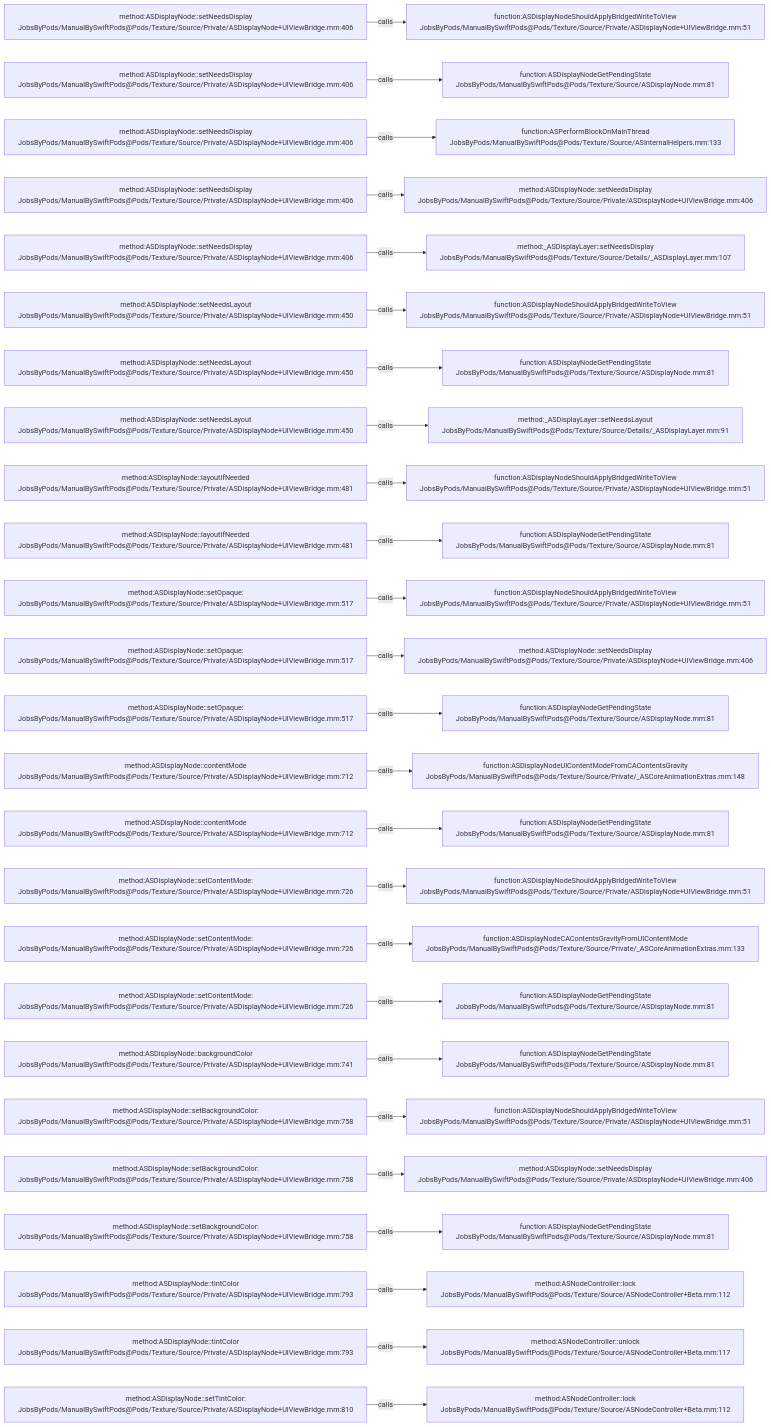
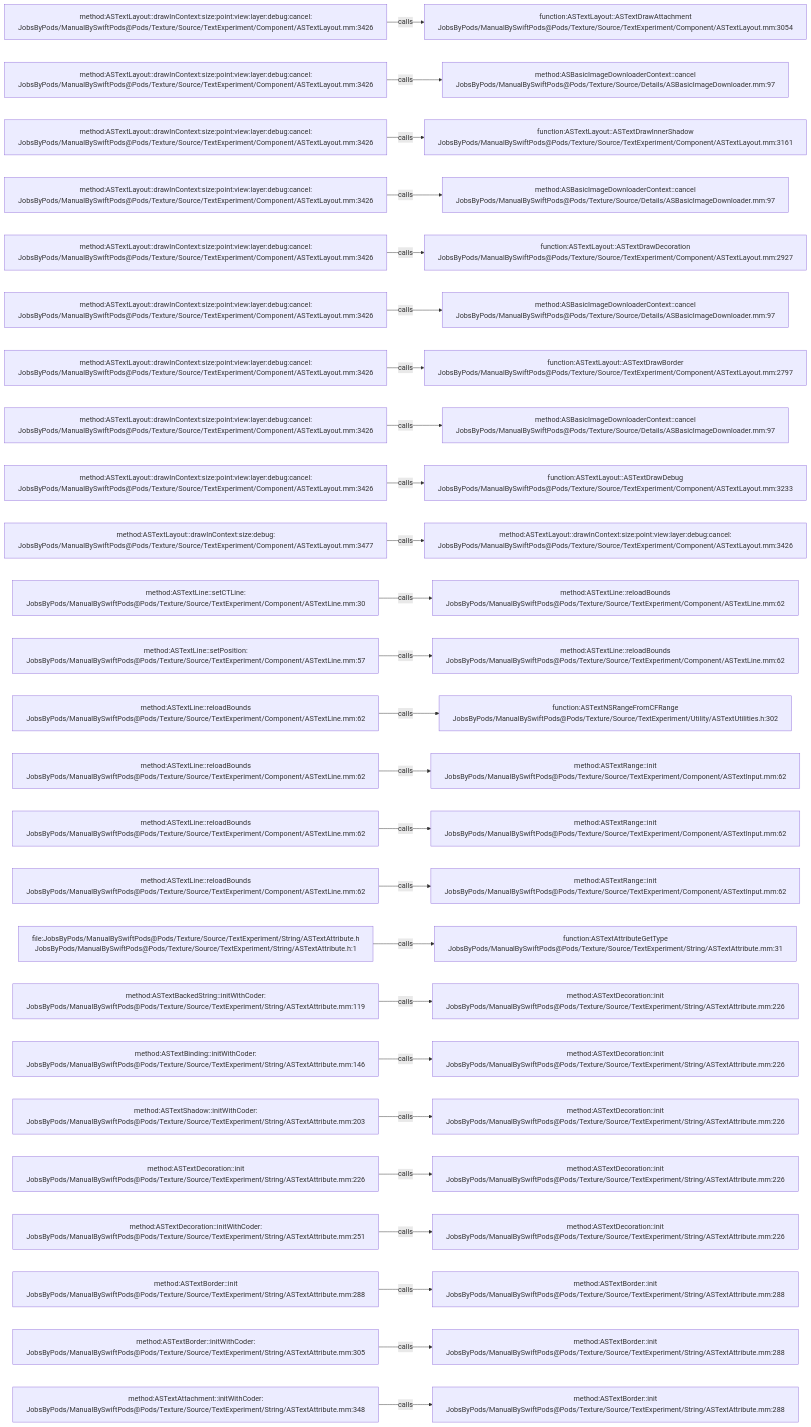
One commit to JobsKits/JobsSwiftBaseConfigDemo changed the diagram in .codegraph/codegraph.md/graphs/calls-138.md. Above: the diagram before and after it, drawn with Mermaid. The commit also changed 832 other files, not shown here.

````diff
--- a/.codegraph/codegraph.md/graphs/calls-138.md
+++ b/.codegraph/codegraph.md/graphs/calls-138.md
@@ -13,78 +13,78 @@
 ```mermaid
 flowchart LR
-  S1["method:ASDisplayNode::setNeedsDisplay<br/>JobsByPods/ManualBySwiftPods@Pods/Texture/Source/Private/ASDisplayNode+UIViewBridge.mm:406"]
-  T1["function:ASDisplayNodeShouldApplyBridgedWriteToView<br/>JobsByPods/ManualBySwiftPods@Pods/Texture/Source/Private/ASDisplayNode+UIViewBridge.mm:51"]
+  S1["method:ASTextLayout::drawInContext:size:point:view:layer:debug:cancel:<br/>JobsByPods/ManualBySwiftPods@Pods/Texture/Source/TextExperiment/Component/ASTextLayout.mm:3426"]
+  T1["function:ASTextLayout::ASTextDrawAttachment<br/>JobsByPods/ManualBySwiftPods@Pods/Texture/Source/TextExperiment/Component/ASTextLayout.mm:3054"]
   S1 -->|calls| T1
-  S2["method:ASDisplayNode::setNeedsDisplay<br/>JobsByPods/ManualBySwiftPods@Pods/Texture/Source/Private/ASDisplayNode+UIViewBridge.mm:406"]
-  T2["function:ASDisplayNodeGetPendingState<br/>JobsByPods/ManualBySwiftPods@Pods/Texture/Source/ASDisplayNode.mm:81"]
+  S2["method:ASTextLayout::drawInContext:size:point:view:layer:debug:cancel:<br/>JobsByPods/ManualBySwiftPods@Pods/Texture/Source/TextExperiment/Component/ASTextLayout.mm:3426"]
+  T2["method:ASBasicImageDownloaderContext::cancel<br/>JobsByPods/ManualBySwiftPods@Pods/Texture/Source/Details/ASBasicImageDownloader.mm:97"]
   S2 -->|calls| T2
-  S3["method:ASDisplayNode::setNeedsDisplay<br/>JobsByPods/ManualBySwiftPods@Pods/Texture/Source/Private/ASDisplayNode+UIViewBridge.mm:406"]
-  T3["function:ASPerformBlockOnMainThread<br/>JobsByPods/ManualBySwiftPods@Pods/Texture/Source/ASInternalHelpers.mm:133"]
+  S3["method:ASTextLayout::drawInContext:size:point:view:layer:debug:cancel:<br/>JobsByPods/ManualBySwiftPods@Pods/Texture/Source/TextExperiment/Component/ASTextLayout.mm:3426"]
+  T3["function:ASTextLayout::ASTextDrawInnerShadow<br/>JobsByPods/ManualBySwiftPods@Pods/Texture/Source/TextExperiment/Component/ASTextLayout.mm:3161"]
   S3 -->|calls| T3
-  S4["method:ASDisplayNode::setNeedsDisplay<br/>JobsByPods/ManualBySwiftPods@Pods/Texture/Source/Private/ASDisplayNode+UIViewBridge.mm:406"]
-  T4["method:ASDisplayNode::setNeedsDisplay<br/>JobsByPods/ManualBySwiftPods@Pods/Texture/Source/Private/ASDisplayNode+UIViewBridge.mm:406"]
+  S4["method:ASTextLayout::drawInContext:size:point:view:layer:debug:cancel:<br/>JobsByPods/ManualBySwiftPods@Pods/Texture/Source/TextExperiment/Component/ASTextLayout.mm:3426"]
+  T4["method:ASBasicImageDownloaderContext::cancel<br/>JobsByPods/ManualBySwiftPods@Pods/Texture/Source/Details/ASBasicImageDownloader.mm:97"]
   S4 -->|calls| T4
-  S5["method:ASDisplayNode::setNeedsDisplay<br/>JobsByPods/ManualBySwiftPods@Pods/Texture/Source/Private/ASDisplayNode+UIViewBridge.mm:406"]
-  T5["method:_ASDisplayLayer::setNeedsDisplay<br/>JobsByPods/ManualBySwiftPods@Pods/Texture/Source/Details/_ASDisplayLayer.mm:107"]
+  S5["method:ASTextLayout::drawInContext:size:point:view:layer:debug:cancel:<br/>JobsByPods/ManualBySwiftPods@Pods/Texture/Source/TextExperiment/Component/ASTextLayout.mm:3426"]
+  T5["function:ASTextLayout::ASTextDrawDecoration<br/>JobsByPods/ManualBySwiftPods@Pods/Texture/Source/TextExperiment/Component/ASTextLayout.mm:2927"]
   S5 -->|calls| T5
-  S6["method:ASDisplayNode::setNeedsLayout<br/>JobsByPods/ManualBySwiftPods@Pods/Texture/Source/Private/ASDisplayNode+UIViewBridge.mm:450"]
-  T6["function:ASDisplayNodeShouldApplyBridgedWriteToView<br/>JobsByPods/ManualBySwiftPods@Pods/Texture/Source/Private/ASDisplayNode+UIViewBridge.mm:51"]
+  S6["method:ASTextLayout::drawInContext:size:point:view:layer:debug:cancel:<br/>JobsByPods/ManualBySwiftPods@Pods/Texture/Source/TextExperiment/Component/ASTextLayout.mm:3426"]
+  T6["method:ASBasicImageDownloaderContext::cancel<br/>JobsByPods/ManualBySwiftPods@Pods/Texture/Source/Details/ASBasicImageDownloader.mm:97"]
   S6 -->|calls| T6
-  S7["method:ASDisplayNode::setNeedsLayout<br/>JobsByPods/ManualBySwiftPods@Pods/Texture/Source/Private/ASDisplayNode+UIViewBridge.mm:450"]
-  T7["function:ASDisplayNodeGetPendingState<br/>JobsByPods/ManualBySwiftPods@Pods/Texture/Source/ASDisplayNode.mm:81"]
+  S7["method:ASTextLayout::drawInContext:size:point:view:layer:debug:cancel:<br/>JobsByPods/ManualBySwiftPods@Pods/Texture/Source/TextExperiment/Component/ASTextLayout.mm:3426"]
+  T7["function:ASTextLayout::ASTextDrawBorder<br/>JobsByPods/ManualBySwiftPods@Pods/Texture/Source/TextExperiment/Component/ASTextLayout.mm:2797"]
   S7 -->|calls| T7
-  S8["method:ASDisplayNode::setNeedsLayout<br/>JobsByPods/ManualBySwiftPods@Pods/Texture/Source/Private/ASDisplayNode+UIViewBridge.mm:450"]
-  T8["method:_ASDisplayLayer::setNeedsLayout<br/>JobsByPods/ManualBySwiftPods@Pods/Texture/Source/Details/_ASDisplayLayer.mm:91"]
+  S8["method:ASTextLayout::drawInContext:size:point:view:layer:debug:cancel:<br/>JobsByPods/ManualBySwiftPods@Pods/Texture/Source/TextExperiment/Component/ASTextLayout.mm:3426"]
+  T8["method:ASBasicImageDownloaderContext::cancel<br/>JobsByPods/ManualBySwiftPods@Pods/Texture/Source/Details/ASBasicImageDownloader.mm:97"]
   S8 -->|calls| T8
-  S9["method:ASDisplayNode::layoutIfNeeded<br/>JobsByPods/ManualBySwiftPods@Pods/Texture/Source/Private/ASDisplayNode+UIViewBridge.mm:481"]
-  T9["function:ASDisplayNodeShouldApplyBridgedWriteToView<br/>JobsByPods/ManualBySwiftPods@Pods/Texture/Source/Private/ASDisplayNode+UIViewBridge.mm:51"]
+  S9["method:ASTextLayout::drawInContext:size:point:view:layer:debug:cancel:<br/>JobsByPods/ManualBySwiftPods@Pods/Texture/Source/TextExperiment/Component/ASTextLayout.mm:3426"]
+  T9["function:ASTextLayout::ASTextDrawDebug<br/>JobsByPods/ManualBySwiftPods@Pods/Texture/Source/TextExperiment/Component/ASTextLayout.mm:3233"]
   S9 -->|calls| T9
-  S10["method:ASDisplayNode::layoutIfNeeded<br/>JobsByPods/ManualBySwiftPods@Pods/Texture/Source/Private/ASDisplayNode+UIViewBridge.mm:481"]
-  T10["function:ASDisplayNodeGetPendingState<br/>JobsByPods/ManualBySwiftPods@Pods/Texture/Source/ASDisplayNode.mm:81"]
+  S10["method:ASTextLayout::drawInContext:size:debug:<br/>JobsByPods/ManualBySwiftPods@Pods/Texture/Source/TextExperiment/Component/ASTextLayout.mm:3477"]
+  T10["method:ASTextLayout::drawInContext:size:point:view:layer:debug:cancel:<br/>JobsByPods/ManualBySwiftPods@Pods/Texture/Source/TextExperiment/Component/ASTextLayout.mm:3426"]
   S10 -->|calls| T10
-  S11["method:ASDisplayNode::setOpaque:<br/>JobsByPods/ManualBySwiftPods@Pods/Texture/Source/Private/ASDisplayNode+UIViewBridge.mm:517"]
-  T11["function:ASDisplayNodeShouldApplyBridgedWriteToView<br/>JobsByPods/ManualBySwiftPods@Pods/Texture/Source/Private/ASDisplayNode+UIViewBridge.mm:51"]
+  S11["method:ASTextLine::setCTLine:<br/>JobsByPods/ManualBySwiftPods@Pods/Texture/Source/TextExperiment/Component/ASTextLine.mm:30"]
+  T11["method:ASTextLine::reloadBounds<br/>JobsByPods/ManualBySwiftPods@Pods/Texture/Source/TextExperiment/Component/ASTextLine.mm:62"]
   S11 -->|calls| T11
-  S12["method:ASDisplayNode::setOpaque:<br/>JobsByPods/ManualBySwiftPods@Pods/Texture/Source/Private/ASDisplayNode+UIViewBridge.mm:517"]
-  T12["method:ASDisplayNode::setNeedsDisplay<br/>JobsByPods/ManualBySwiftPods@Pods/Texture/Source/Private/ASDisplayNode+UIViewBridge.mm:406"]
+  S12["method:ASTextLine::setPosition:<br/>JobsByPods/ManualBySwiftPods@Pods/Texture/Source/TextExperiment/Component/ASTextLine.mm:57"]
+  T12["method:ASTextLine::reloadBounds<br/>JobsByPods/ManualBySwiftPods@Pods/Texture/Source/TextExperiment/Component/ASTextLine.mm:62"]
   S12 -->|calls| T12
-  S13["method:ASDisplayNode::setOpaque:<br/>JobsByPods/ManualBySwiftPods@Pods/Texture/Source/Private/ASDisplayNode+UIViewBridge.mm:517"]
-  T13["function:ASDisplayNodeGetPendingState<br/>JobsByPods/ManualBySwiftPods@Pods/Texture/Source/ASDisplayNode.mm:81"]
+  S13["method:ASTextLine::reloadBounds<br/>JobsByPods/ManualBySwiftPods@Pods/Texture/Source/TextExperiment/Component/ASTextLine.mm:62"]
+  T13["function:ASTextNSRangeFromCFRange<br/>JobsByPods/ManualBySwiftPods@Pods/Texture/Source/TextExperiment/Utility/ASTextUtilities.h:302"]
   S13 -->|calls| T13
-  S14["method:ASDisplayNode::contentMode<br/>JobsByPods/ManualBySwiftPods@Pods/Texture/Source/Private/ASDisplayNode+UIViewBridge.mm:712"]
-  T14["function:ASDisplayNodeUIContentModeFromCAContentsGravity<br/>JobsByPods/ManualBySwiftPods@Pods/Texture/Source/Private/_ASCoreAnimationExtras.mm:148"]
+  S14["method:ASTextLine::reloadBounds<br/>JobsByPods/ManualBySwiftPods@Pods/Texture/Source/TextExperiment/Component/ASTextLine.mm:62"]
+  T14["method:ASTextRange::init<br/>JobsByPods/ManualBySwiftPods@Pods/Texture/Source/TextExperiment/Component/ASTextInput.mm:62"]
   S14 -->|calls| T14
-  S15["method:ASDisplayNode::contentMode<br/>JobsByPods/ManualBySwiftPods@Pods/Texture/Source/Private/ASDisplayNode+UIViewBridge.mm:712"]
-  T15["function:ASDisplayNodeGetPendingState<br/>JobsByPods/ManualBySwiftPods@Pods/Texture/Source/ASDisplayNode.mm:81"]
+  S15["method:ASTextLine::reloadBounds<br/>JobsByPods/ManualBySwiftPods@Pods/Texture/Source/TextExperiment/Component/ASTextLine.mm:62"]
+  T15["method:ASTextRange::init<br/>JobsByPods/ManualBySwiftPods@Pods/Texture/Source/TextExperiment/Component/ASTextInput.mm:62"]
   S15 -->|calls| T15
-  S16["method:ASDisplayNode::setContentMode:<br/>JobsByPods/ManualBySwiftPods@Pods/Texture/Source/Private/ASDisplayNode+UIViewBridge.mm:726"]
-  T16["function:ASDisplayNodeShouldApplyBridgedWriteToView<br/>JobsByPods/ManualBySwiftPods@Pods/Texture/Source/Private/ASDisplayNode+UIViewBridge.mm:51"]
+  S16["method:ASTextLine::reloadBounds<br/>JobsByPods/ManualBySwiftPods@Pods/Texture/Source/TextExperiment/Component/ASTextLine.mm:62"]
+  T16["method:ASTextRange::init<br/>JobsByPods/ManualBySwiftPods@Pods/Texture/Source/TextExperiment/Component/ASTextInput.mm:62"]
   S16 -->|calls| T16
-  S17["method:ASDisplayNode::setContentMode:<br/>JobsByPods/ManualBySwiftPods@Pods/Texture/Source/Private/ASDisplayNode+UIViewBridge.mm:726"]
-  T17["function:ASDisplayNodeCAContentsGravityFromUIContentMode<br/>JobsByPods/ManualBySwiftPods@Pods/Texture/Source/Private/_ASCoreAnimationExtras.mm:133"]
+  S17["file:JobsByPods/ManualBySwiftPods@Pods/Texture/Source/TextExperiment/String/ASTextAttribute.h<br/>JobsByPods/ManualBySwiftPods@Pods/Texture/Source/TextExperiment/String/ASTextAttribute.h:1"]
+  T17["function:ASTextAttributeGetType<br/>JobsByPods/ManualBySwiftPods@Pods/Texture/Source/TextExperiment/String/ASTextAttribute.mm:31"]
   S17 -->|calls| T17
-  S18["method:ASDisplayNode::setContentMode:<br/>JobsByPods/ManualBySwiftPods@Pods/Texture/Source/Private/ASDisplayNode+UIViewBridge.mm:726"]
-  T18["function:ASDisplayNodeGetPendingState<br/>JobsByPods/ManualBySwiftPods@Pods/Texture/Source/ASDisplayNode.mm:81"]
+  S18["method:ASTextBackedString::initWithCoder:<br/>JobsByPods/ManualBySwiftPods@Pods/Texture/Source/TextExperiment/String/ASTextAttribute.mm:119"]
+  T18["method:ASTextDecoration::init<br/>JobsByPods/ManualBySwiftPods@Pods/Texture/Source/TextExperiment/String/ASTextAttribute.mm:226"]
   S18 -->|calls| T18
-  S19["method:ASDisplayNode::backgroundColor<br/>JobsByPods/ManualBySwiftPods@Pods/Texture/Source/Private/ASDisplayNode+UIViewBridge.mm:741"]
-  T19["function:ASDisplayNodeGetPendingState<br/>JobsByPods/ManualBySwiftPods@Pods/Texture/Source/ASDisplayNode.mm:81"]
+  S19["method:ASTextBinding::initWithCoder:<br/>JobsByPods/ManualBySwiftPods@Pods/Texture/Source/TextExperiment/String/ASTextAttribute.mm:146"]
+  T19["method:ASTextDecoration::init<br/>JobsByPods/ManualBySwiftPods@Pods/Texture/Source/TextExperiment/String/ASTextAttribute.mm:226"]
   S19 -->|calls| T19
-  S20["method:ASDisplayNode::setBackgroundColor:<br/>JobsByPods/ManualBySwiftPods@Pods/Texture/Source/Private/ASDisplayNode+UIViewBridge.mm:758"]
-  T20["function:ASDisplayNodeShouldApplyBridgedWriteToView<br/>JobsByPods/ManualBySwiftPods@Pods/Texture/Source/Private/ASDisplayNode+UIViewBridge.mm:51"]
+  S20["method:ASTextShadow::initWithCoder:<br/>JobsByPods/ManualBySwiftPods@Pods/Texture/Source/TextExperiment/String/ASTextAttribute.mm:203"]
+  T20["method:ASTextDecoration::init<br/>JobsByPods/ManualBySwiftPods@Pods/Texture/Source/TextExperiment/String/ASTextAttribute.mm:226"]
   S20 -->|calls| T20
-  S21["method:ASDisplayNode::setBackgroundColor:<br/>JobsByPods/ManualBySwiftPods@Pods/Texture/Source/Private/ASDisplayNode+UIViewBridge.mm:758"]
-  T21["method:ASDisplayNode::setNeedsDisplay<br/>JobsByPods/ManualBySwiftPods@Pods/Texture/Source/Private/ASDisplayNode+UIViewBridge.mm:406"]
+  S21["method:ASTextDecoration::init<br/>JobsByPods/ManualBySwiftPods@Pods/Texture/Source/TextExperiment/String/ASTextAttribute.mm:226"]
+  T21["method:ASTextDecoration::init<br/>JobsByPods/ManualBySwiftPods@Pods/Texture/Source/TextExperiment/String/ASTextAttribute.mm:226"]
   S21 -->|calls| T21
-  S22["method:ASDisplayNode::setBackgroundColor:<br/>JobsByPods/ManualBySwiftPods@Pods/Texture/Source/Private/ASDisplayNode+UIViewBridge.mm:758"]
-  T22["function:ASDisplayNodeGetPendingState<br/>JobsByPods/ManualBySwiftPods@Pods/Texture/Source/ASDisplayNode.mm:81"]
+  S22["method:ASTextDecoration::initWithCoder:<br/>JobsByPods/ManualBySwiftPods@Pods/Texture/Source/TextExperiment/String/ASTextAttribute.mm:251"]
+  T22["method:ASTextDecoration::init<br/>JobsByPods/ManualBySwiftPods@Pods/Texture/Source/TextExperiment/String/ASTextAttribute.mm:226"]
   S22 -->|calls| T22
-  S23["method:ASDisplayNode::tintColor<br/>JobsByPods/ManualBySwiftPods@Pods/Texture/Source/Private/ASDisplayNode+UIViewBridge.mm:793"]
-  T23["method:ASNodeController::lock<br/>JobsByPods/ManualBySwiftPods@Pods/Texture/Source/ASNodeController+Beta.mm:112"]
+  S23["method:ASTextBorder::init<br/>JobsByPods/ManualBySwiftPods@Pods/Texture/Source/TextExperiment/String/ASTextAttribute.mm:288"]
+  T23["method:ASTextBorder::init<br/>JobsByPods/ManualBySwiftPods@Pods/Texture/Source/TextExperiment/String/ASTextAttribute.mm:288"]
   S23 -->|calls| T23
-  S24["method:ASDisplayNode::tintColor<br/>JobsByPods/ManualBySwiftPods@Pods/Texture/Source/Private/ASDisplayNode+UIViewBridge.mm:793"]
-  T24["method:ASNodeController::unlock<br/>JobsByPods/ManualBySwiftPods@Pods/Texture/Source/ASNodeController+Beta.mm:117"]
+  S24["method:ASTextBorder::initWithCoder:<br/>JobsByPods/ManualBySwiftPods@Pods/Texture/Source/TextExperiment/String/ASTextAttribute.mm:305"]
+  T24["method:ASTextBorder::init<br/>JobsByPods/ManualBySwiftPods@Pods/Texture/Source/TextExperiment/String/ASTextAttribute.mm:288"]
   S24 -->|calls| T24
-  S25["method:ASDisplayNode::setTintColor:<br/>JobsByPods/ManualBySwiftPods@Pods/Texture/Source/Private/ASDisplayNode+UIViewBridge.mm:810"]
-  T25["method:ASNodeController::lock<br/>JobsByPods/ManualBySwiftPods@Pods/Texture/Source/ASNodeController+Beta.mm:112"]
+  S25["method:ASTextAttachment::initWithCoder:<br/>JobsByPods/ManualBySwiftPods@Pods/Texture/Source/TextExperiment/String/ASTextAttribute.mm:348"]
+  T25["method:ASTextBorder::init<br/>JobsByPods/ManualBySwiftPods@Pods/Texture/Source/TextExperiment/String/ASTextAttribute.mm:288"]
   S25 -->|calls| T25
 ```
````
